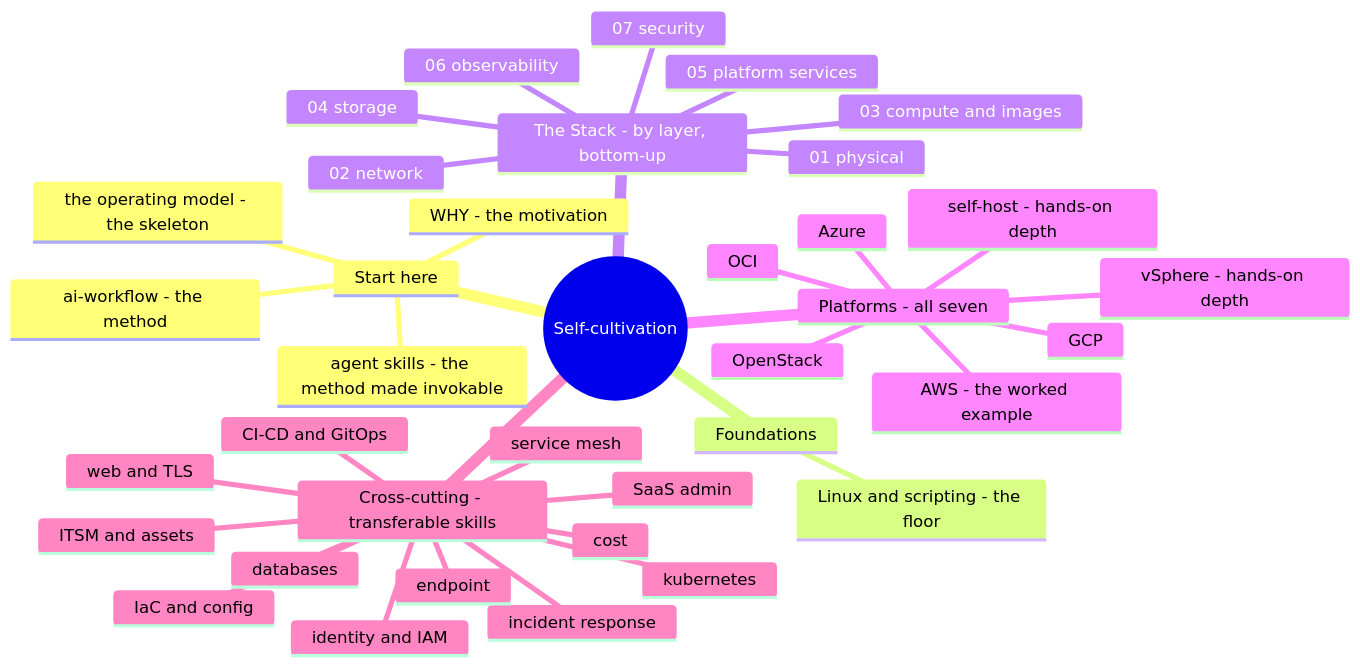
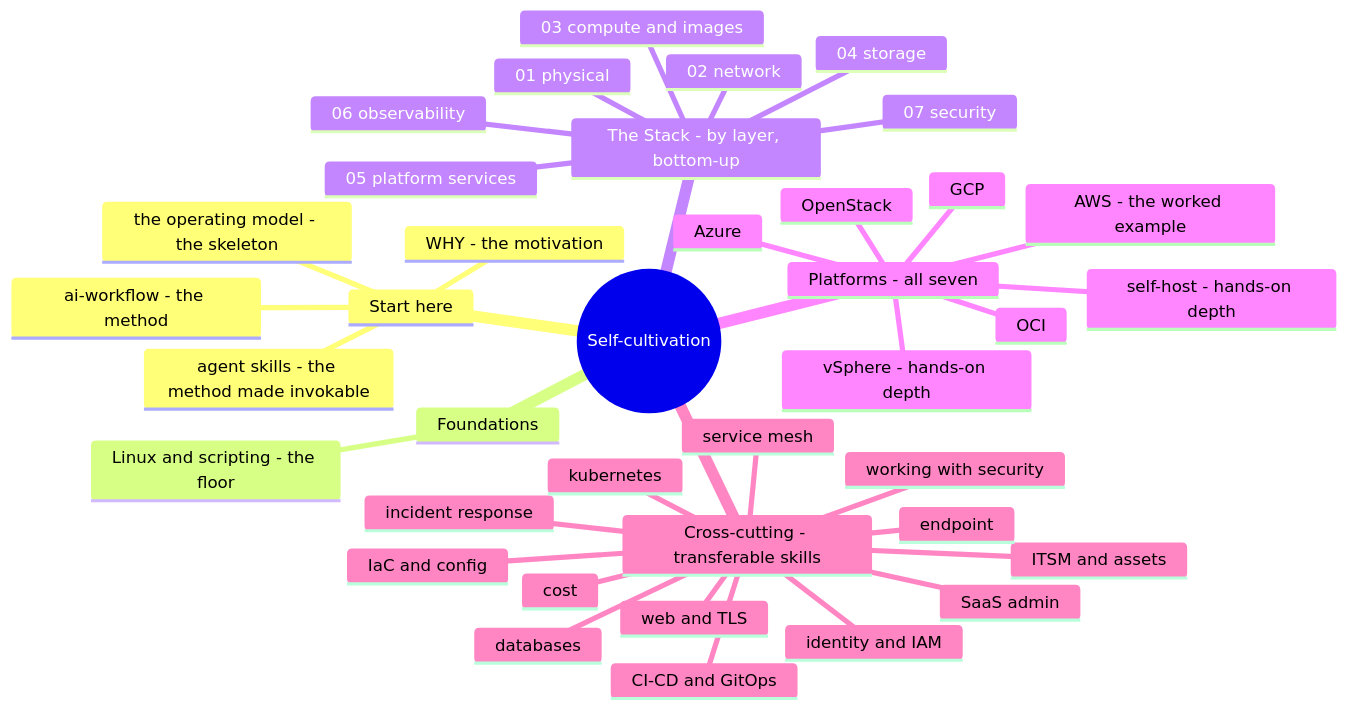
One commit to vicenteliu/sysadmin-self-cultivation changed the second of 2 diagrams in README.md. Above: the diagram before and after it, drawn with Mermaid.

Commit message:
readme: add working-with-security to the shape mindmap (was stale at 12/13)
The cross-cutting branch of the overview mindmap missed the new working-with-security
note (the What's-built list already had it). One-line fix; mermaid re-validated.

````diff
--- a/README.md
+++ b/README.md
@@ -39,40 +39,41 @@
 ```mermaid
 mindmap
   root((Self-cultivation))
     Start here
       WHY - the motivation
       the operating model - the skeleton
       ai-workflow - the method
       agent skills - the method made invokable
     Foundations
       Linux and scripting - the floor
     The Stack - by layer, bottom-up
       01 physical
       02 network
       03 compute and images
       04 storage
       05 platform services
       06 observability
       07 security
     Platforms - all seven
       AWS - the worked example
       Azure
       GCP
       OCI
       vSphere - hands-on depth
       OpenStack
       self-host - hands-on depth
     Cross-cutting - transferable skills
       identity and IAM
       IaC and config
       CI-CD and GitOps
       databases
       ITSM and assets
       web and TLS
       service mesh
       incident response
+      working with security
       SaaS admin
       kubernetes
       cost
       endpoint
 ```
````
